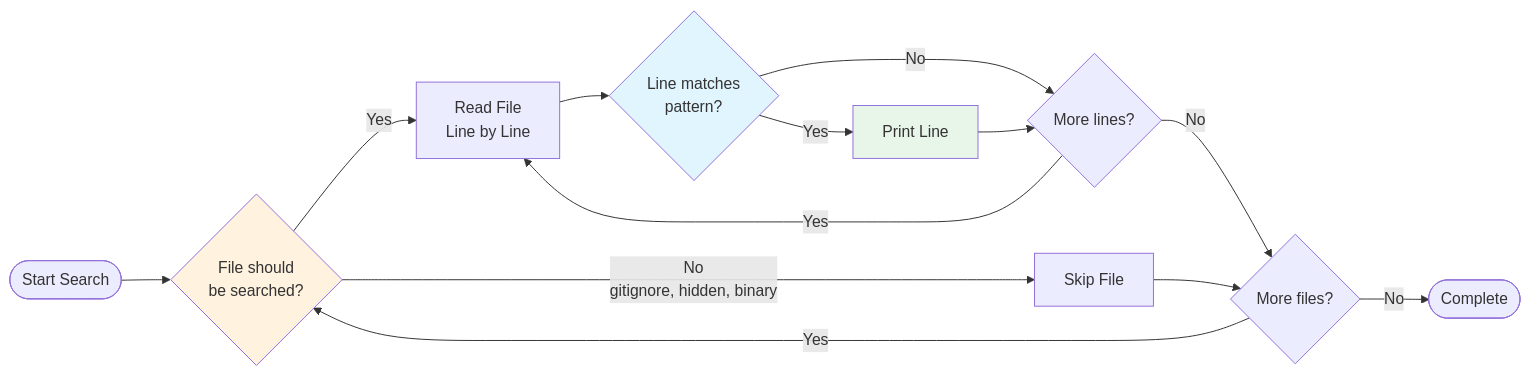
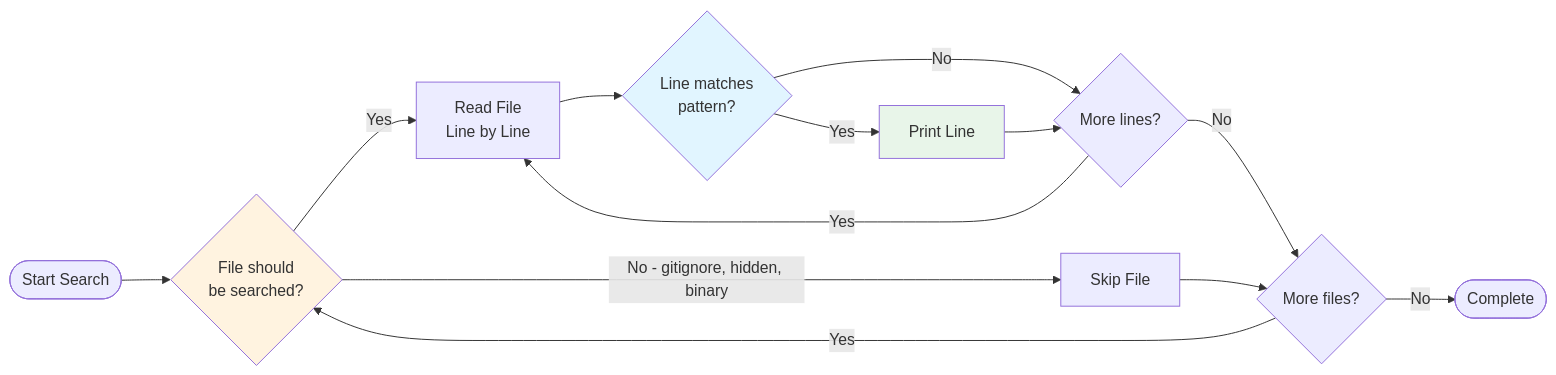
One commit to iepathos/ripgrep changed the diagram in docs/introduction.md. Above: the diagram before and after it, drawn with Mermaid. The commit also changed 10 other files, not shown here.

First line of the commit message:
fix: replace all <br/> tags with proper multi-line syntax in Mermaid diagrams

````diff
--- a/docs/introduction.md
+++ b/docs/introduction.md
@@ -9,19 +9,22 @@
 ```mermaid
 flowchart LR
-    Start([Start Search]) --> Filter{"File should<br/>be searched?"}
-    Filter -->|No<br/>gitignore, hidden, binary| Skip[Skip File]
-    Filter -->|Yes| Read["Read File<br/>Line by Line"]
-    Read --> Match{"Line matches<br/>pattern?"}
+    Start([Start Search]) --> Filter{"File should
+be searched?"}
+    Filter -->|No - gitignore, hidden, binary| Skip[Skip File]
+    Filter -->|Yes| Read["Read File
+Line by Line"]
+    Read --> Match{"Line matches
+pattern?"}
     Match -->|Yes| Print[Print Line]
     Match -->|No| Next{More lines?}
     Print --> Next
     Next -->|Yes| Read
     Next -->|No| Done{More files?}
     Skip --> Done
     Done -->|Yes| Filter
     Done -->|No| End([Complete])
 
     style Filter fill:#fff3e0
     style Match fill:#e1f5ff
     style Print fill:#e8f5e9
 ```
````
